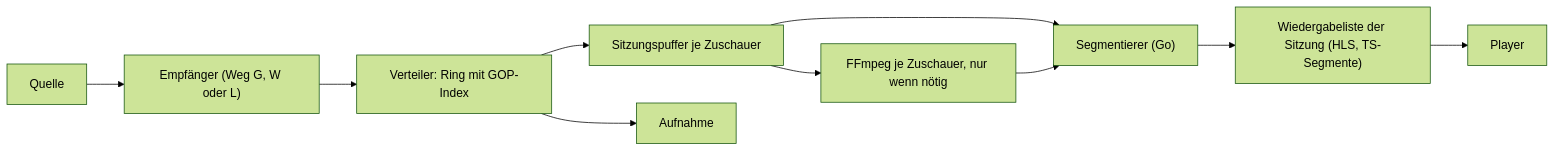
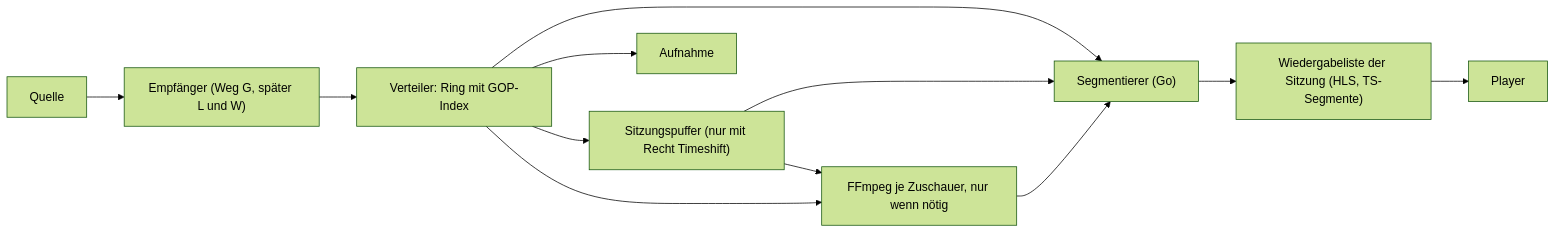
The diagram in docs/planning/28-live-tv/05-streaming-und-fast-zapping.md (SlouchCat/slouchcat), drawn with Mermaid (forest theme) before and after one commit. The commit also changed other lines of this file and 1 other file, not shown here.

First line of the commit message:
docs(planning): concept 28 live TV, architecture and streaming, version 2

````diff
--- a/docs/planning/28-live-tv/05-streaming-und-fast-zapping.md
+++ b/docs/planning/28-live-tv/05-streaming-und-fast-zapping.md
@@ -25,12 +28,14 @@
 ```mermaid
 flowchart LR
-  Q["Quelle"] --> EMP["Empfänger (Weg G, W oder L)"]
+  Q["Quelle"] --> EMP["Empfänger (Weg G, später L und W)"]
   EMP --> RING["Verteiler: Ring mit GOP-Index"]
-  RING --> SP["Sitzungspuffer je Zuschauer"]
+  RING --> SP["Sitzungspuffer (nur mit Recht Timeshift)"]
   RING --> AUF["Aufnahme"]
+  RING --> SEG
   SP --> SEG["Segmentierer (Go)"]
   SP --> FF["FFmpeg je Zuschauer, nur wenn nötig"]
+  RING --> FF
   FF --> SEG
   SEG --> PL["Wiedergabeliste der Sitzung (HLS, TS-Segmente)"]
   PL --> CL["Player"]
 ```
````
